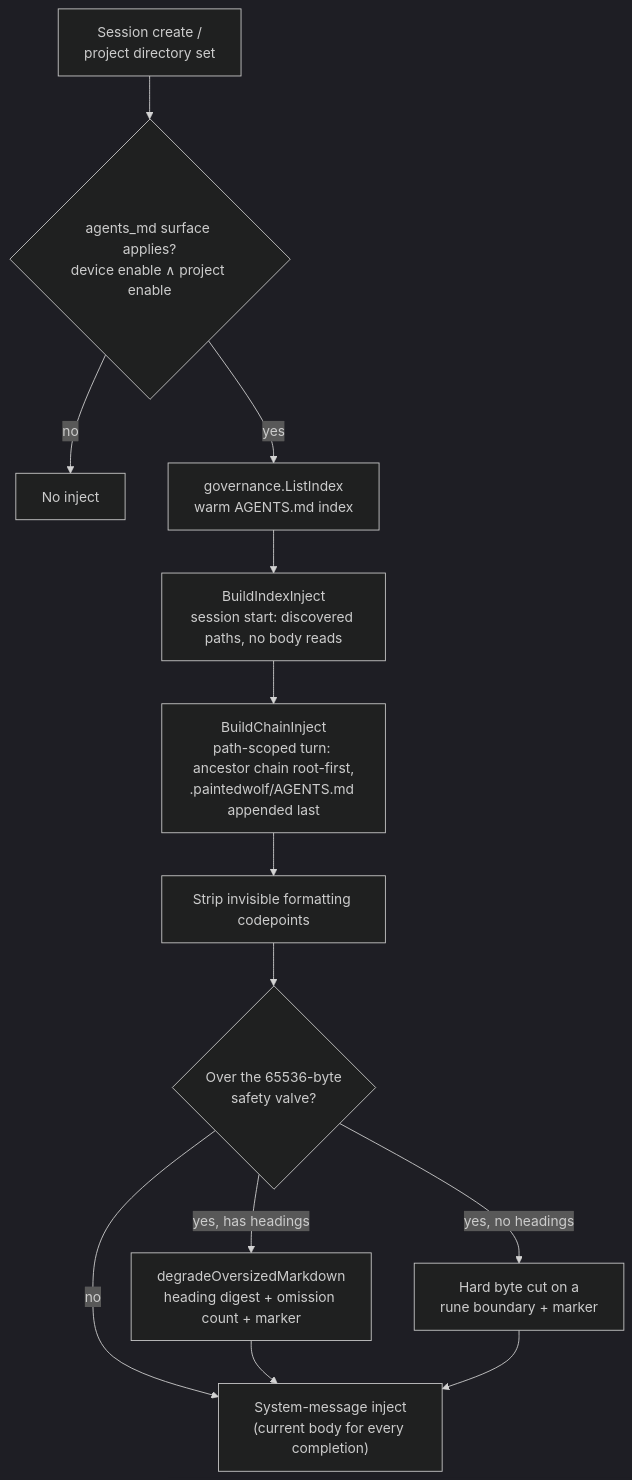
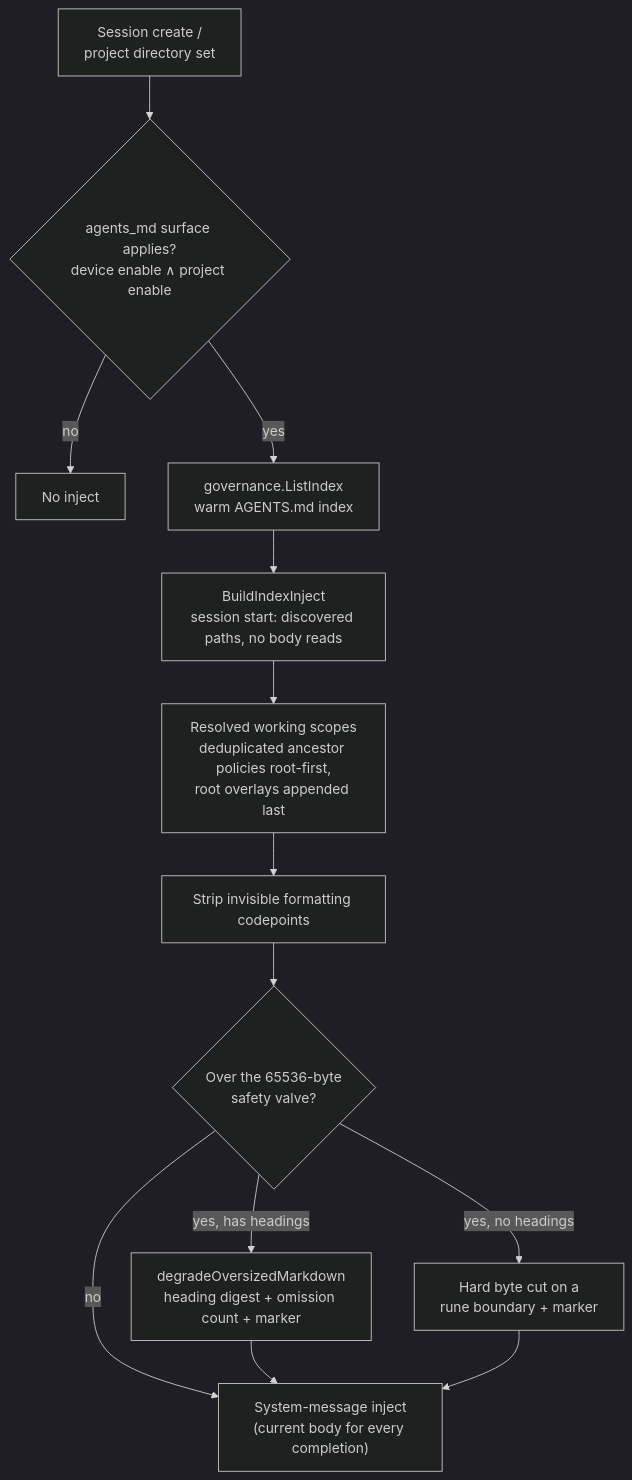
Before and after one commit to paintedwolf-ai/paintedwolf-code: the diagram in docs/agents-md-standard.md, drawn with Mermaid (dark theme). The commit also changed other lines of this file and 3 other files, not shown here.

````diff
--- a/docs/agents-md-standard.md
+++ b/docs/agents-md-standard.md
@@ -91,15 +91,15 @@
 ```mermaid
 flowchart TD
     create["Session create /<br/>project directory set"] --> applies{"agents_md surface applies?<br/>device enable ∧ project enable"}
     applies -->|"no"| skip["No inject"]
     applies -->|"yes"| warm["governance.ListIndex<br/>warm AGENTS.md index"]
     warm --> index["BuildIndexInject<br/>session start: discovered paths, no body reads"]
-    index --> chain["BuildChainInject<br/>path-scoped turn: ancestor chain root-first,<br/>.paintedwolf/AGENTS.md appended last"]
+    index --> chain["Resolved working scopes<br/>deduplicated ancestor policies root-first,<br/>root overlays appended last"]
     chain --> sanitize["Strip invisible formatting codepoints"]
     sanitize --> valve{"Over the 65536-byte<br/>safety valve?"}
     valve -->|"no"| inject["System-message inject<br/>(current body for every completion)"]
     valve -->|"yes, has headings"| digest["degradeOversizedMarkdown<br/>heading digest + omission count + marker"]
     valve -->|"yes, no headings"| hardcut["Hard byte cut on a<br/>rune boundary + marker"]
     digest --> inject
     hardcut --> inject
 ```
````
